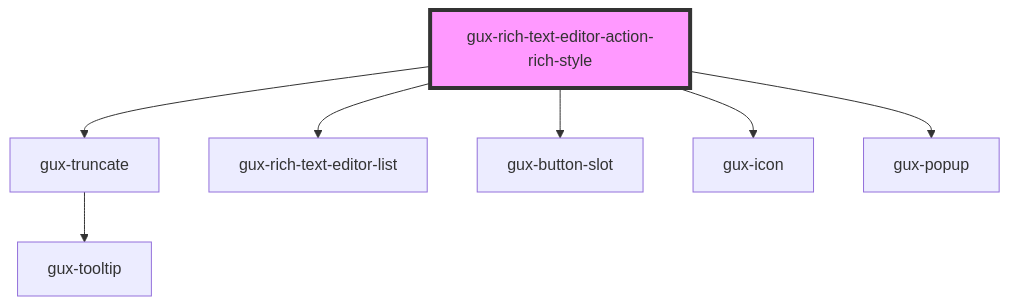
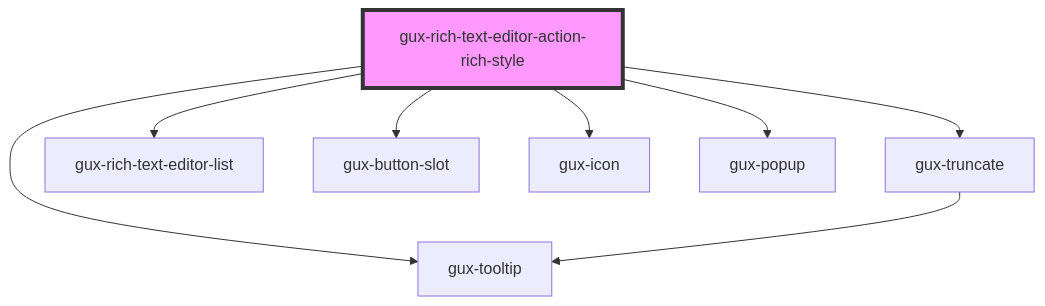
One commit to MyPureCloud/genesys-spark changed the diagram in packages/genesys-spark-components/src/components/beta/gux-rich-text-editor/gux-rich-text-editor-action/gux-rich-text-editor-action-rich-style/readme.md. Above: the diagram before and after it, drawn with Mermaid. The commit also changed other lines of this file and 28 other files, not shown here.

First line of the commit message:
feat(rich-text-editor): addition of color picker feature

````diff
--- a/packages/genesys-spark-components/src/components/beta/gux-rich-text-editor/gux-rich-text-editor-action/gux-rich-text-editor-action-rich-style/readme.md
+++ b/packages/genesys-spark-components/src/components/beta/gux-rich-text-editor/gux-rich-text-editor-action/gux-rich-text-editor-action-rich-style/readme.md
@@ -34,10 +35,11 @@
 ```mermaid
 graph TD;
   gux-rich-text-editor-action-rich-style --> gux-truncate
+  gux-rich-text-editor-action-rich-style --> gux-tooltip
   gux-rich-text-editor-action-rich-style --> gux-rich-text-editor-list
   gux-rich-text-editor-action-rich-style --> gux-button-slot
   gux-rich-text-editor-action-rich-style --> gux-icon
   gux-rich-text-editor-action-rich-style --> gux-popup
   gux-truncate --> gux-tooltip
   style gux-rich-text-editor-action-rich-style fill:#f9f,stroke:#333,stroke-width:4px
 ```
````
